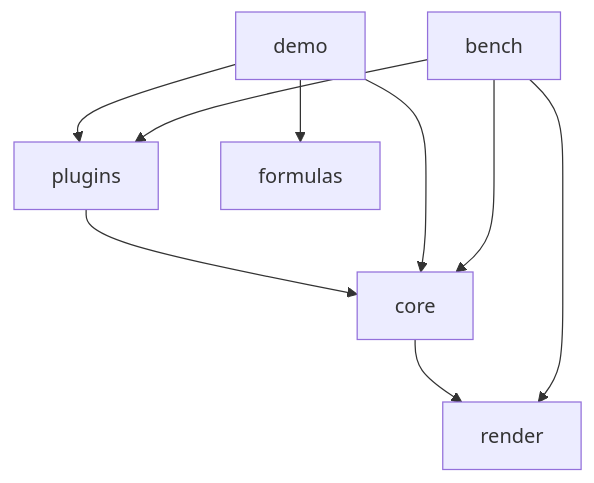
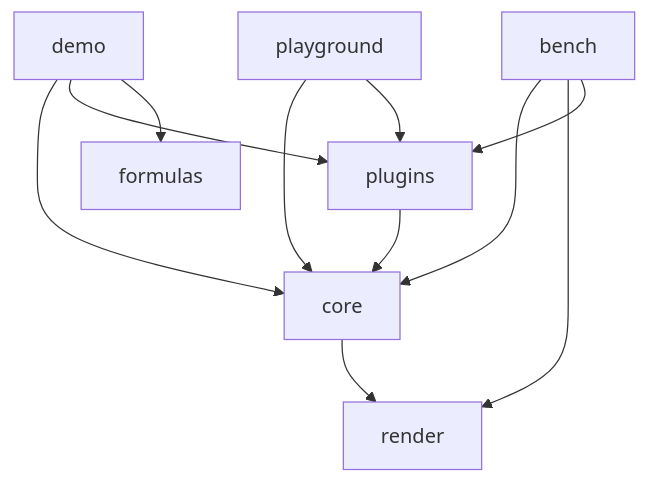
The diagram in .agents/docs/CODE-MAP.md (cabinet-fe/infinite-table), drawn with Mermaid before and after one commit. The commit also changed other lines of this file and 39 other files, not shown here.

````diff
--- a/.agents/docs/CODE-MAP.md
+++ b/.agents/docs/CODE-MAP.md
@@ -34,11 +36,13 @@
 ```mermaid
 graph TD
     core --> render
     plugins --> core
     demo --> core
     demo --> plugins
     demo --> formulas
     bench --> core
     bench --> render
     bench --> plugins
+    playground --> core
+    playground --> plugins
 ```
````
